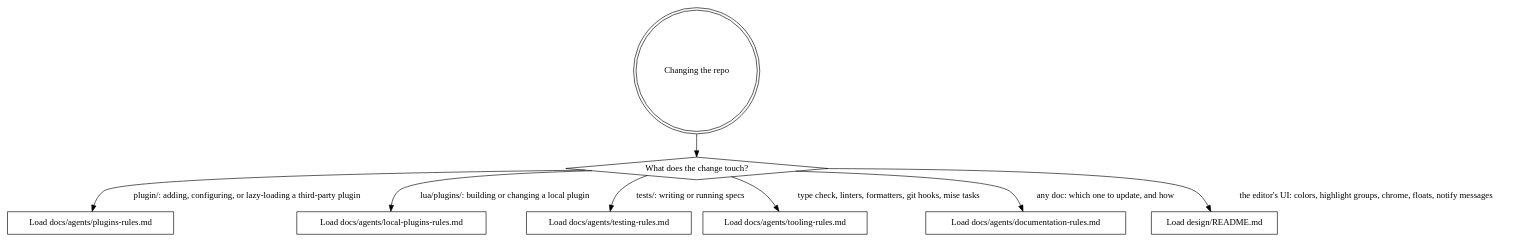
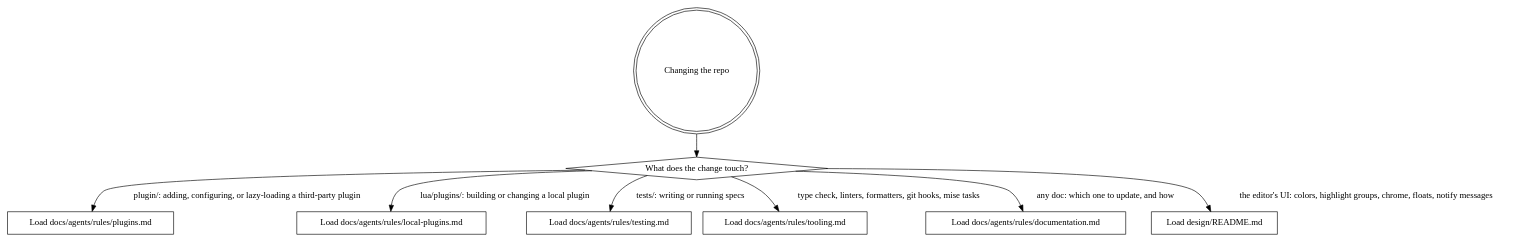
Before and after one commit to macintacos/nvim: the diagram in AGENTS.md, drawn with Graphviz. The commit also changed other lines of this file and 5 other files, not shown here.

First line of the commit message:
docs(agents): move rule docs into rules/

````diff
--- a/AGENTS.md
+++ b/AGENTS.md
@@ -63,16 +63,16 @@
 ```graphviz
 digraph rules_router {
     node [shape=box];
 
     "Changing the repo" [shape=doublecircle];
     "What does the change touch?" [shape=diamond];
 
     "Changing the repo" -> "What does the change touch?";
-    "What does the change touch?" -> "Load docs/agents/plugins-rules.md" [label="plugin/: adding, configuring, or lazy-loading a third-party plugin"];
-    "What does the change touch?" -> "Load docs/agents/local-plugins-rules.md" [label="lua/plugins/: building or changing a local plugin"];
-    "What does the change touch?" -> "Load docs/agents/testing-rules.md" [label="tests/: writing or running specs"];
-    "What does the change touch?" -> "Load docs/agents/tooling-rules.md" [label="type check, linters, formatters, git hooks, mise tasks"];
-    "What does the change touch?" -> "Load docs/agents/documentation-rules.md" [label="any doc: which one to update, and how"];
+    "What does the change touch?" -> "Load docs/agents/rules/plugins.md" [label="plugin/: adding, configuring, or lazy-loading a third-party plugin"];
+    "What does the change touch?" -> "Load docs/agents/rules/local-plugins.md" [label="lua/plugins/: building or changing a local plugin"];
+    "What does the change touch?" -> "Load docs/agents/rules/testing.md" [label="tests/: writing or running specs"];
+    "What does the change touch?" -> "Load docs/agents/rules/tooling.md" [label="type check, linters, formatters, git hooks, mise tasks"];
+    "What does the change touch?" -> "Load docs/agents/rules/documentation.md" [label="any doc: which one to update, and how"];
     "What does the change touch?" -> "Load design/README.md" [label="the editor's UI: colors, highlight groups, chrome, floats, notify messages"];
 }
 ```
````
